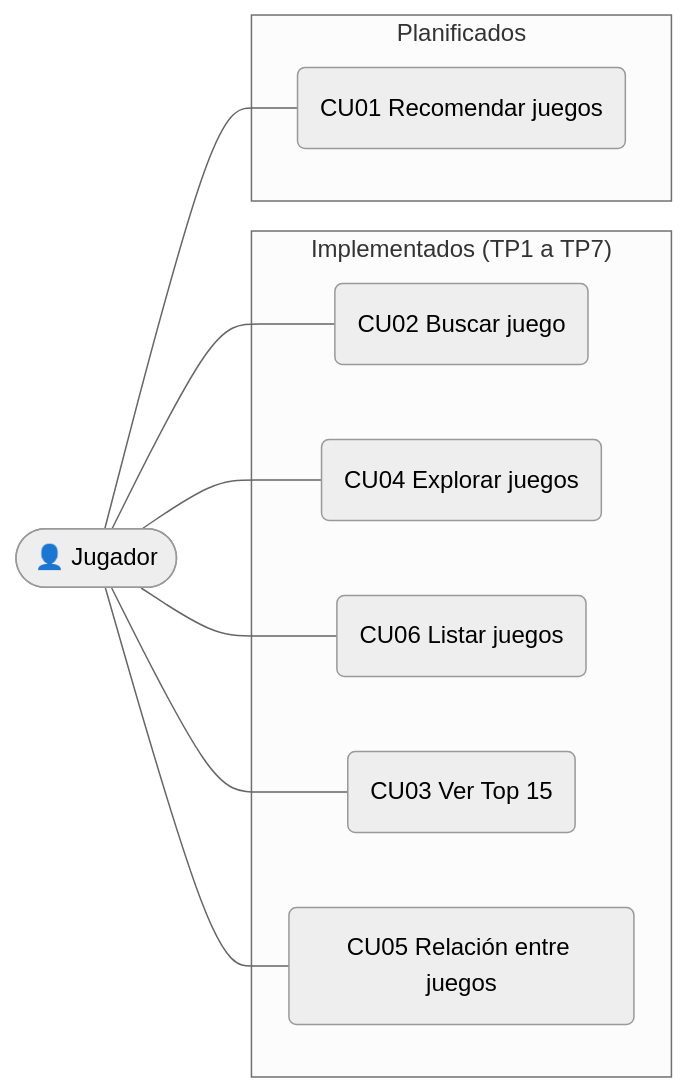
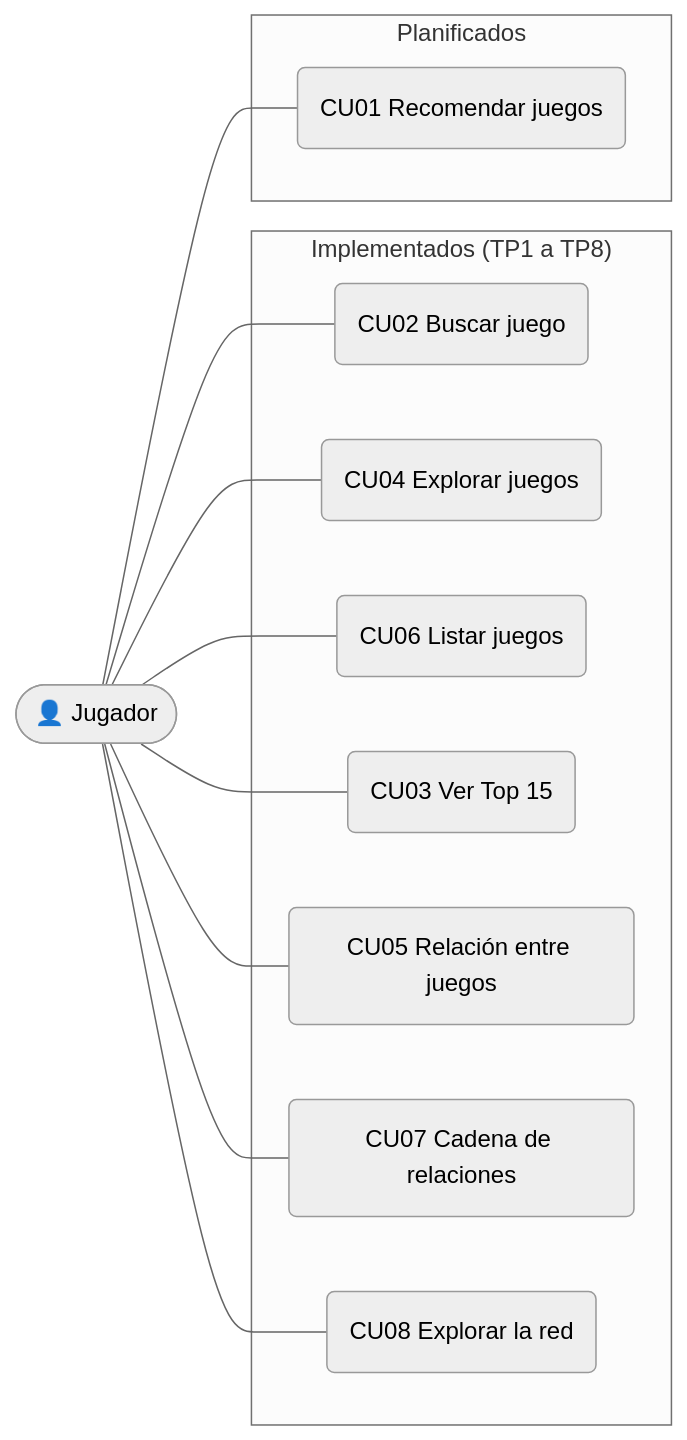
The diagram in docs/02_casos_de_uso.md (Dasein369/tpi_edd2026_recomendador), drawn with Mermaid (neutral theme) before and after one commit. The commit also changed other lines of this file, not shown here.

````diff
--- a/docs/02_casos_de_uso.md
+++ b/docs/02_casos_de_uso.md
@@ -5,23 +5,27 @@
 ```mermaid
 flowchart LR
     U([👤 Jugador])
 
-    subgraph impl["Implementados (TP1 a TP7)"]
+    subgraph impl["Implementados (TP1 a TP8)"]
         CU02(CU02 Buscar juego)
         CU04(CU04 Explorar juegos)
         CU06(CU06 Listar juegos)
         CU03(CU03 Ver Top 15)
         CU05(CU05 Relación entre juegos)
+        CU07(CU07 Cadena de relaciones)
+        CU08(CU08 Explorar la red)
     end
 
     subgraph plan["Planificados"]
         CU01(CU01 Recomendar juegos)
     end
 
     U --- CU01
     U --- CU02
     U --- CU03
     U --- CU04
     U --- CU05
     U --- CU06
+    U --- CU07
+    U --- CU08
 ```
````
